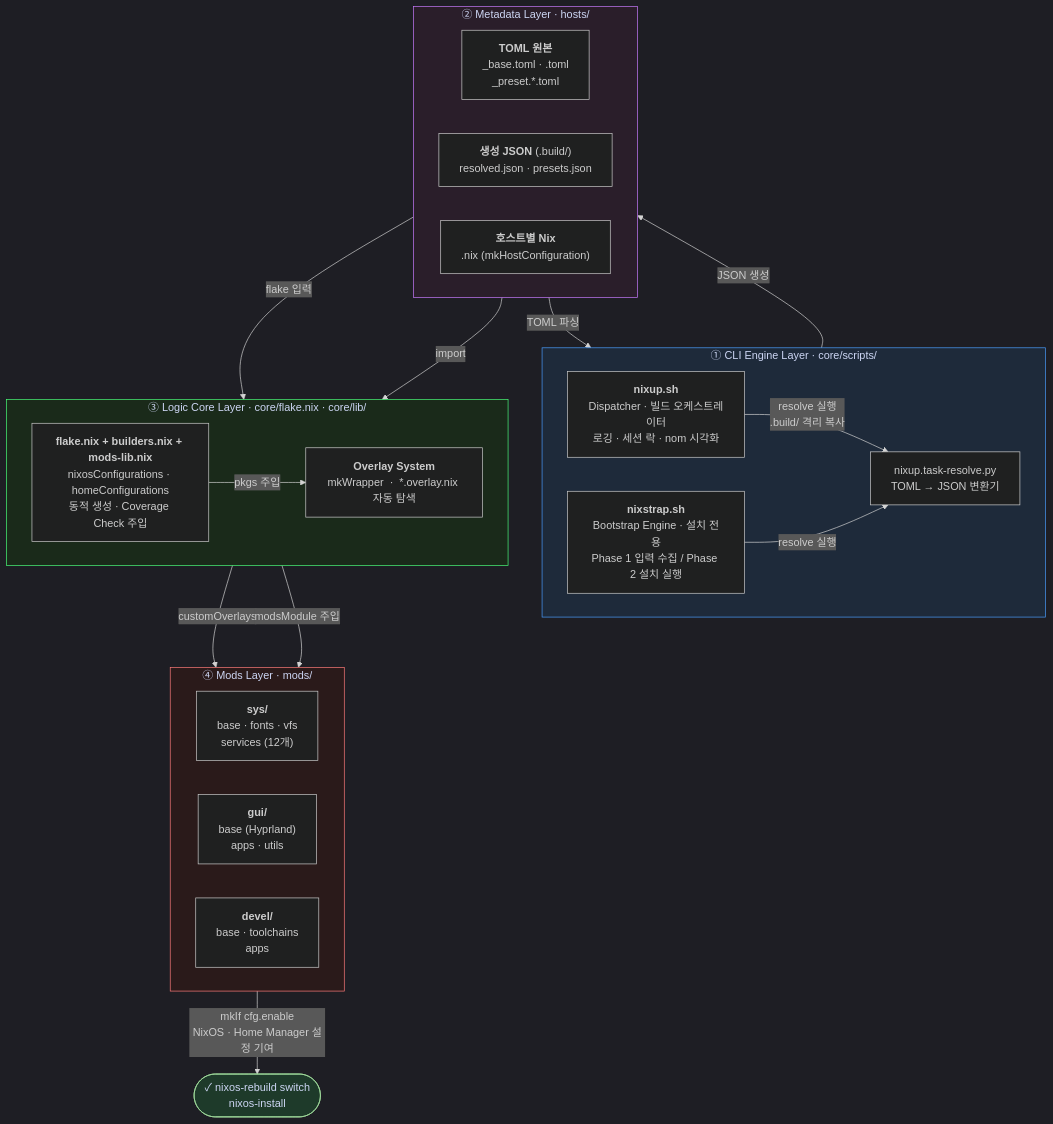
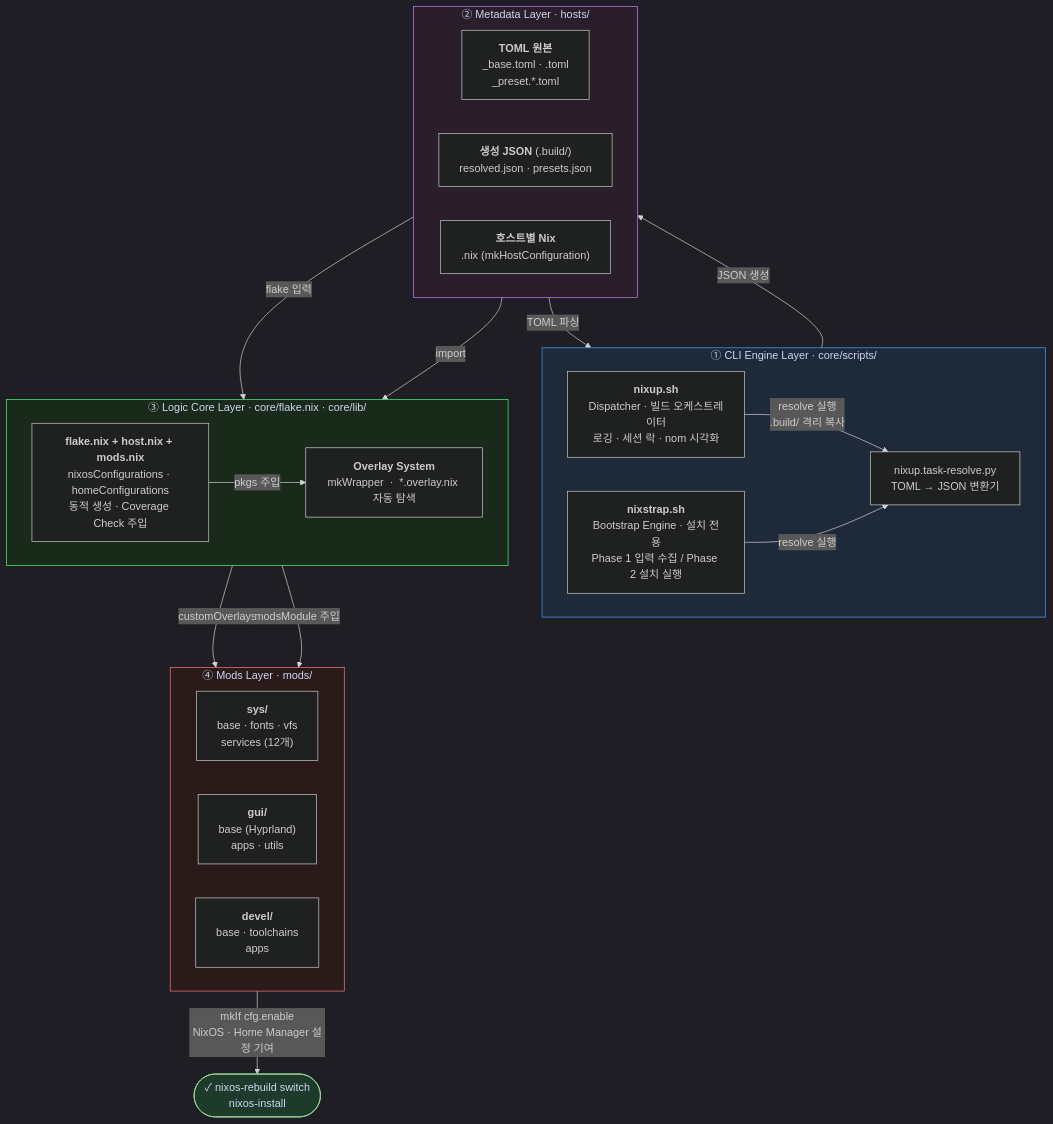
The diagram in .docs/hacking/ARCHITECTURE.mermaid (donghans/nixos), drawn with Mermaid before and after one commit. The commit also changed 6 other files, not shown here.

First line of the commit message:
문서: core/lib 파일명 변경 반영 (builders→host, mods-lib→mods 등)

```diff
--- a/.docs/hacking/ARCHITECTURE.mermaid
+++ b/.docs/hacking/ARCHITECTURE.mermaid
@@ -1,66 +1,66 @@
 %%{init: {'theme': 'dark', 'flowchart': {'curve': 'basis'}}}%%
 flowchart TB
     subgraph L1["① CLI Engine Layer  ·  core/scripts/"]
         direction LR
         nixup["`**nixup.sh**
         Dispatcher · 빌드 오케스트레이터
         로깅 · 세션 락 · nom 시각화`"]
         nixstrap["`**nixstrap.sh**
         Bootstrap Engine · 설치 전용
         Phase 1 입력 수집 / Phase 2 설치 실행`"]
         resolve["nixup.task-resolve.py
         TOML → JSON 변환기"]
     end
 
     subgraph L2["② Metadata Layer  ·  hosts/"]
         direction LR
         toml["`**TOML 원본**
         _base.toml  ·  <hostname>.toml
         _preset.*.toml`"]
         json["`**생성 JSON** (.build/)
         resolved.json  ·  presets.json`"]
         hostnix["`**호스트별 Nix**
         <hostname>.nix (mkHostConfiguration)`"]
     end
 
     subgraph L3["③ Logic Core Layer  ·  core/flake.nix  ·  core/lib/"]
         direction LR
-        flake["`**flake.nix + builders.nix + mods-lib.nix**
+        flake["`**flake.nix + host.nix + mods.nix**
         nixosConfigurations · homeConfigurations
         동적 생성 · Coverage Check 주입`"]
         overlay["`**Overlay System**
         mkWrapper  ·  *.overlay.nix 자동 탐색`"]
     end
 
     subgraph L4["④ Mods Layer  ·  mods/"]
         direction LR
         sys["`**sys/**
         base · fonts · vfs
         services (12개)`"]
         gui["`**gui/**
         base (Hyprland)
         apps · utils`"]
         devel["`**devel/**
         base · toolchains
         apps`"]
     end
 
     nixup -->|"resolve 실행\n.build/ 격리 복사"| resolve
     nixstrap -->|"resolve 실행"| resolve
     toml -->|"TOML 파싱"| resolve
     resolve -->|"JSON 생성"| json
     json -->|"flake 입력"| flake
     hostnix -->|"import"| flake
     flake -->|"pkgs 주입"| overlay
     overlay -->|"customOverlays"| L4
     flake -->|"modsModule 주입"| L4
     L4 -->|"`mkIf cfg.enable
     NixOS · Home Manager 설정 기여`"| Out
 
     Out(["✓ nixos-rebuild switch\n   nixos-install"])
 
     style L1 fill:#1e2a3a,stroke:#4a9eff,color:#cdd6f4
     style L2 fill:#2a1e2a,stroke:#c97bff,color:#cdd6f4
     style L3 fill:#1a2a1a,stroke:#4aff7a,color:#cdd6f4
     style L4 fill:#2a1a1a,stroke:#ff7b7b,color:#cdd6f4
     style Out fill:#1e3a2a,stroke:#a6e3a1,color:#cdd6f4
```
